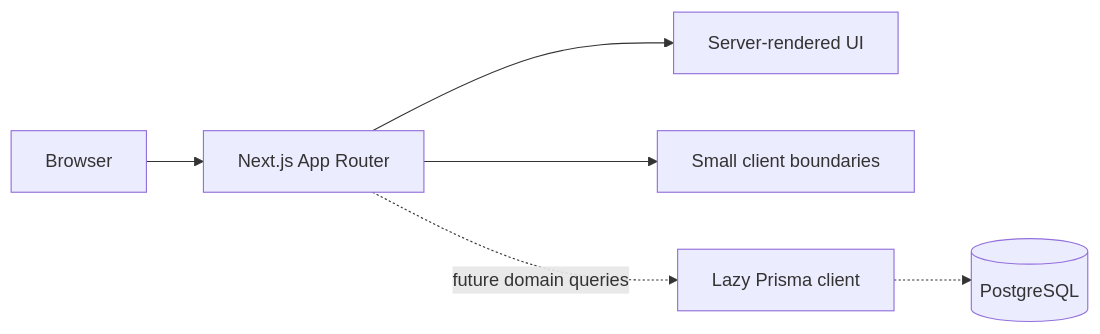
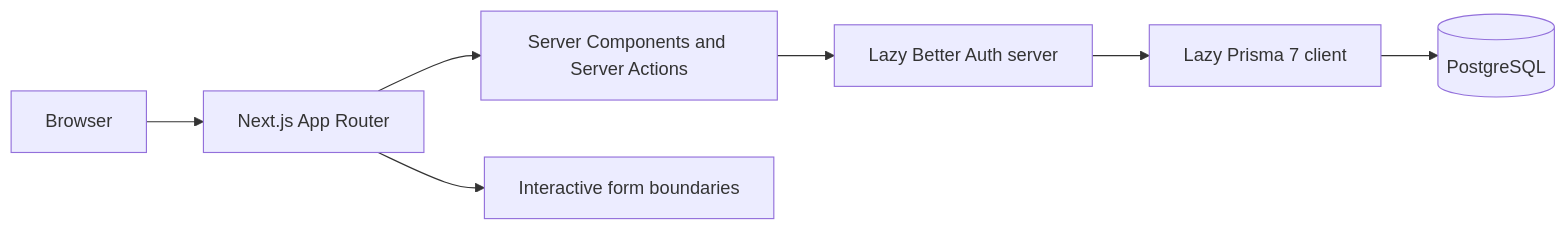
Before and after one commit to tahagurvardar/careerbridge: the diagram in docs/architecture.md, drawn with Mermaid. The commit also changed other lines of this file and 40 other files, not shown here.

````diff
--- a/docs/architecture.md
+++ b/docs/architecture.md
@@ -11,15 +11,17 @@
 ```mermaid
 flowchart LR
   Browser["Browser"]
   App["Next.js App Router"]
-  UI["Server-rendered UI"]
-  Client["Small client boundaries"]
-  Prisma["Lazy Prisma client"]
+  UI["Server Components and Server Actions"]
+  Client["Interactive form boundaries"]
+  Auth["Lazy Better Auth server"]
+  Prisma["Lazy Prisma 7 client"]
   Postgres[("PostgreSQL")]
 
   Browser --> App
   App --> UI
   App --> Client
-  App -. "future domain queries" .-> Prisma
-  Prisma -.-> Postgres
+  UI --> Auth
+  Auth --> Prisma
+  Prisma --> Postgres
 ```
````
